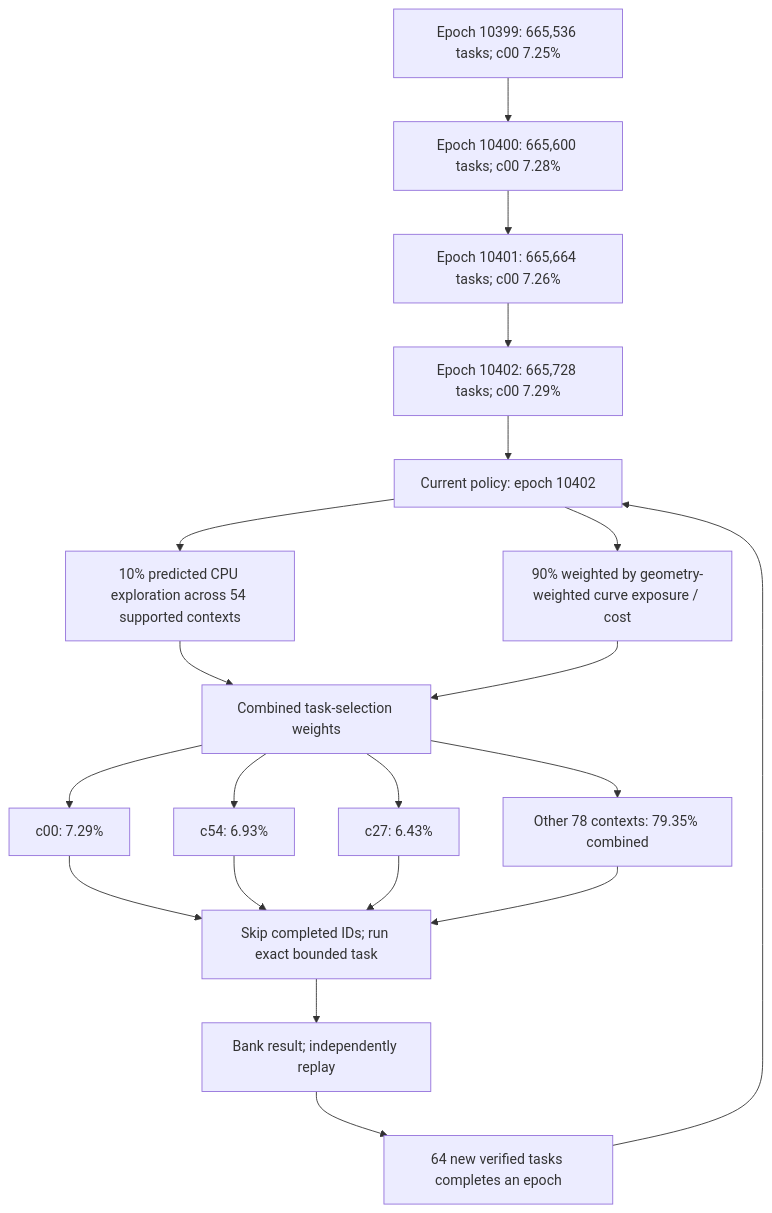
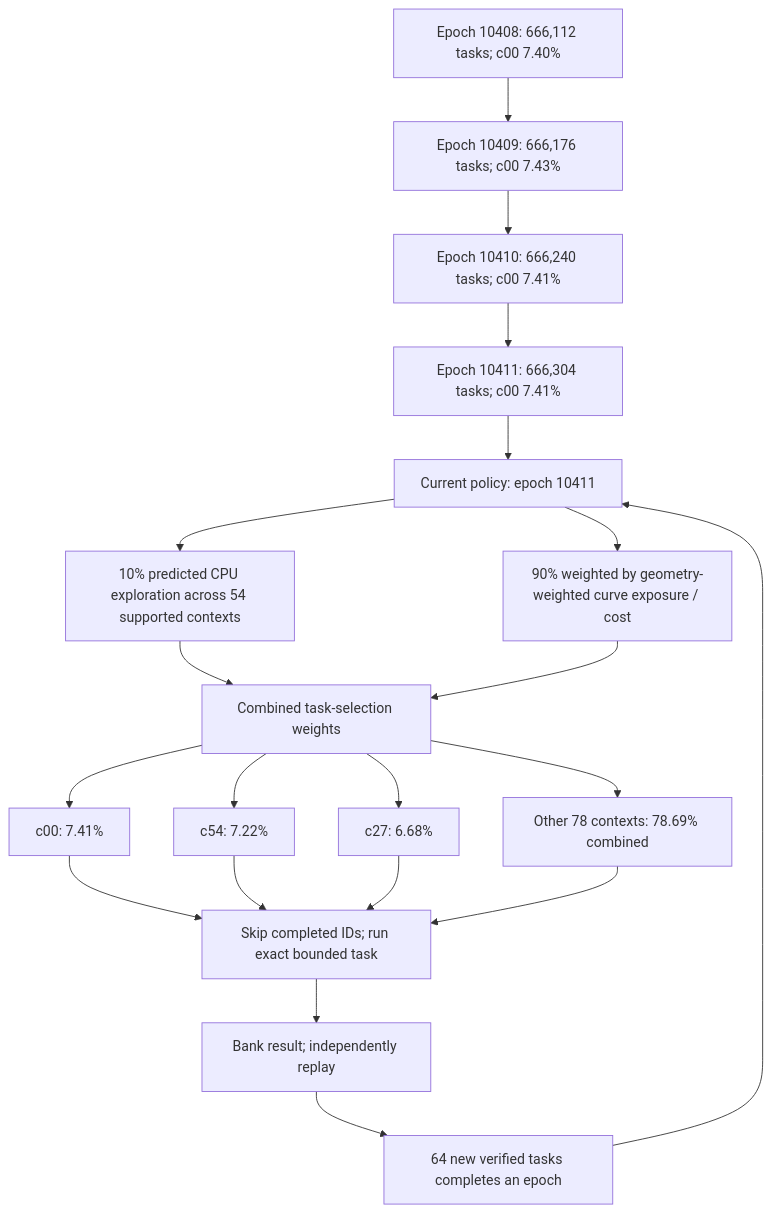
One commit to Kuberwastaken/math-gambling changed the first of 4 diagrams in README.md. Above: the diagram before and after it, drawn with Mermaid. The commit also changed other lines of this file and 1649 other files, not shown here.

````diff
--- a/README.md
+++ b/README.md
@@ -60,27 +60,27 @@
 ```mermaid
 flowchart TD
-    H0["Epoch 10399: 665,536 tasks; c00 7.25%"]
-    H1["Epoch 10400: 665,600 tasks; c00 7.28%"]
+    H0["Epoch 10408: 666,112 tasks; c00 7.40%"]
+    H1["Epoch 10409: 666,176 tasks; c00 7.43%"]
     H0 --> H1
-    H2["Epoch 10401: 665,664 tasks; c00 7.26%"]
+    H2["Epoch 10410: 666,240 tasks; c00 7.41%"]
     H1 --> H2
-    H3["Epoch 10402: 665,728 tasks; c00 7.29%"]
+    H3["Epoch 10411: 666,304 tasks; c00 7.41%"]
     H2 --> H3
-    Policy["Current policy: epoch 10402"]
+    Policy["Current policy: epoch 10411"]
     H3 --> Policy
     Policy --> Explore["10% predicted CPU exploration across 54 supported contexts"]
     Policy --> Cost["90% weighted by geometry-weighted curve exposure / cost"]
     Explore --> Mix["Combined task-selection weights"]
     Cost --> Mix
-    Mix --> C0["c00: 7.29%"]
-    Mix --> C1["c54: 6.93%"]
-    Mix --> C2["c27: 6.43%"]
-    Mix --> Rest["Other 78 contexts: 79.35% combined"]
+    Mix --> C0["c00: 7.41%"]
+    Mix --> C1["c54: 7.22%"]
+    Mix --> C2["c27: 6.68%"]
+    Mix --> Rest["Other 78 contexts: 78.69% combined"]
     C0 --> Check["Skip completed IDs; run exact bounded task"]
     C1 --> Check
     C2 --> Check
     Rest --> Check
     Check --> Replay["Bank result; independently replay"]
     Replay --> Gate["64 new verified tasks completes an epoch"]
     Gate --> Policy
 ```
````
